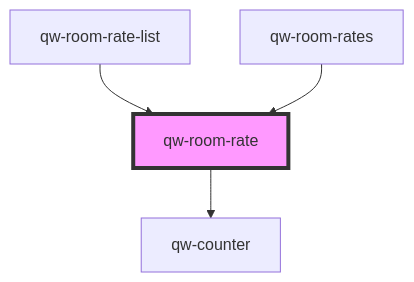
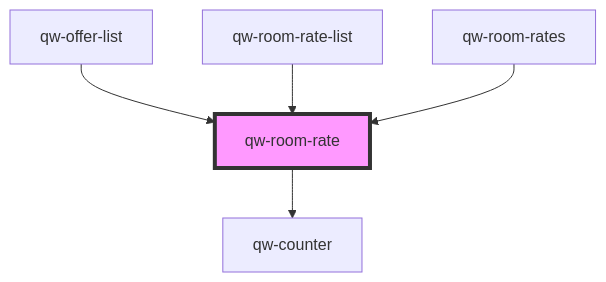
Before and after one commit to qwentes-team/qw-hotels: the diagram in src/components/qw-room-rate/readme.md, drawn with Mermaid. The commit also changed other lines of this file and 3 other files, not shown here.

````diff
--- a/src/components/qw-room-rate/readme.md
+++ b/src/components/qw-room-rate/readme.md
@@ -43,7 +44,8 @@
 ```mermaid
 graph TD;
   qw-room-rate --> qw-counter
+  qw-offer-list --> qw-room-rate
   qw-room-rate-list --> qw-room-rate
   qw-room-rates --> qw-room-rate
   style qw-room-rate fill:#f9f,stroke:#333,stroke-width:4px
 ```
````
